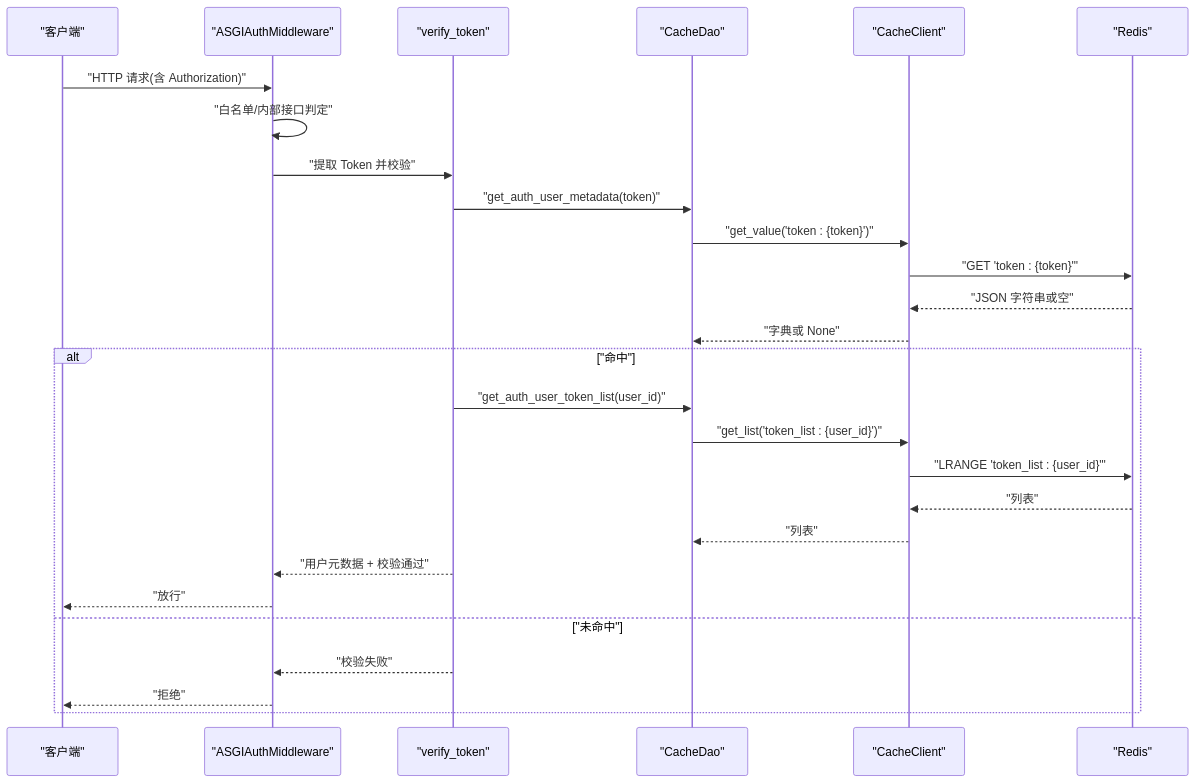
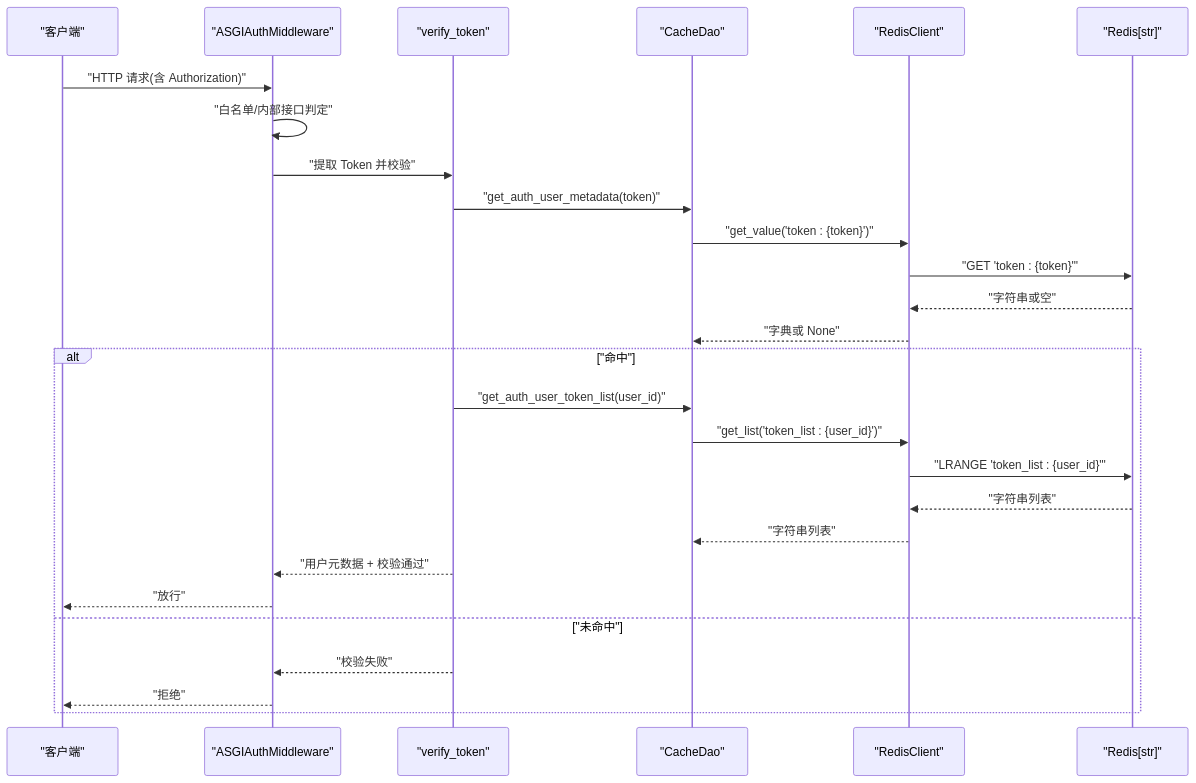
The second of 7 diagrams in .qoder/repowiki/zh/content/缓存系统/缓存系统.md (lilinzezzzzzz/fastapi-backend), drawn with Mermaid before and after one commit. The commit also changed other lines of this file and 42 other files, not shown here.

````diff
--- a/.qoder/repowiki/zh/content/缓存系统/缓存系统.md
+++ b/.qoder/repowiki/zh/content/缓存系统/缓存系统.md
@@ -123,29 +136,29 @@
 ```mermaid
 sequenceDiagram
 participant Client as "客户端"
 participant MW as "ASGIAuthMiddleware"
 participant AUTH as "verify_token"
 participant CDAO as "CacheDao"
-participant CC as "CacheClient"
-participant R as "Redis"
+participant RC as "RedisClient"
+participant R as "Redis[str]"
 Client->>MW : "HTTP 请求(含 Authorization)"
 MW->>MW : "白名单/内部接口判定"
 MW->>AUTH : "提取 Token 并校验"
 AUTH->>CDAO : "get_auth_user_metadata(token)"
-CDAO->>CC : "get_value('token : {token}')"
-CC->>R : "GET 'token : {token}'"
-R-->>CC : "JSON 字符串或空"
-CC-->>CDAO : "字典或 None"
+CDAO->>RC : "get_value('token : {token}')"
+RC->>R : "GET 'token : {token}'"
+R-->>RC : "字符串或空"
+RC-->>CDAO : "字典或 None"
 alt "命中"
 AUTH->>CDAO : "get_auth_user_token_list(user_id)"
-CDAO->>CC : "get_list('token_list : {user_id}')"
-CC->>R : "LRANGE 'token_list : {user_id}'"
-R-->>CC : "列表"
-CC-->>CDAO : "列表"
+CDAO->>RC : "get_list('token_list : {user_id}')"
+RC->>R : "LRANGE 'token_list : {user_id}'"
+R-->>RC : "字符串列表"
+RC-->>CDAO : "字符串列表"
 AUTH-->>MW : "用户元数据 + 校验通过"
 MW-->>Client : "放行"
 else "未命中"
 AUTH-->>MW : "校验失败"
 MW-->>Client : "拒绝"
 end
 ```
````
